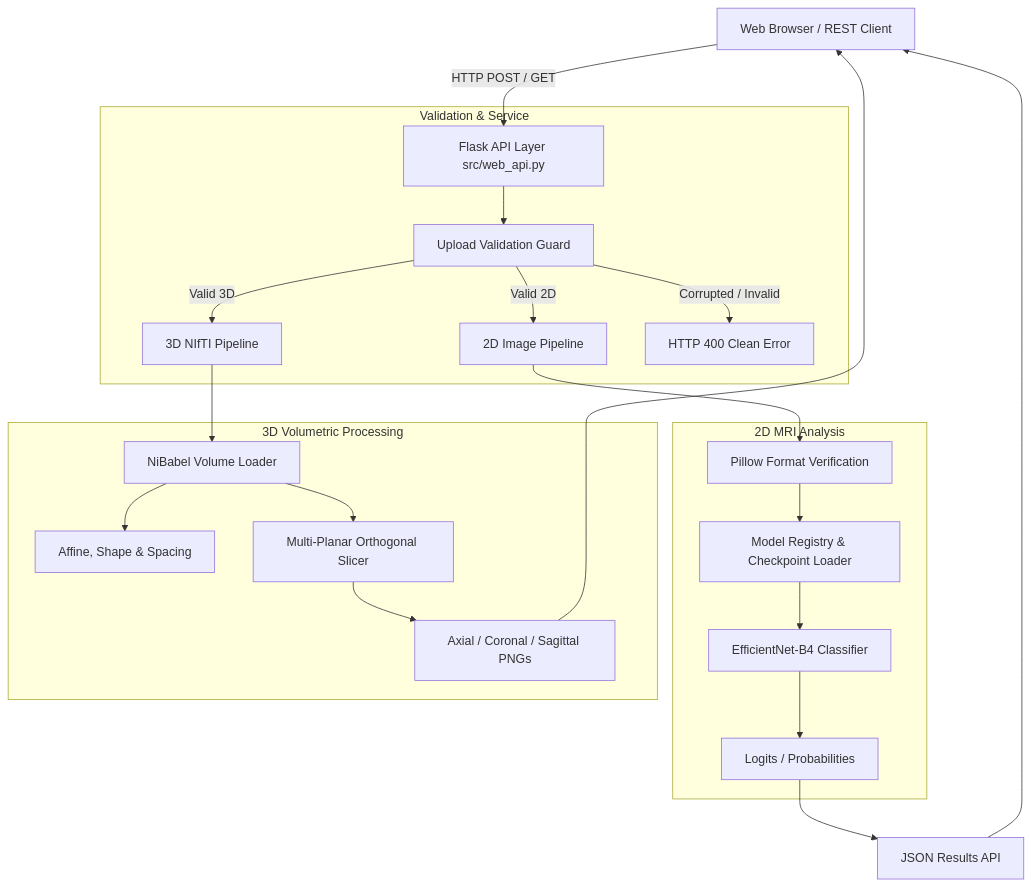
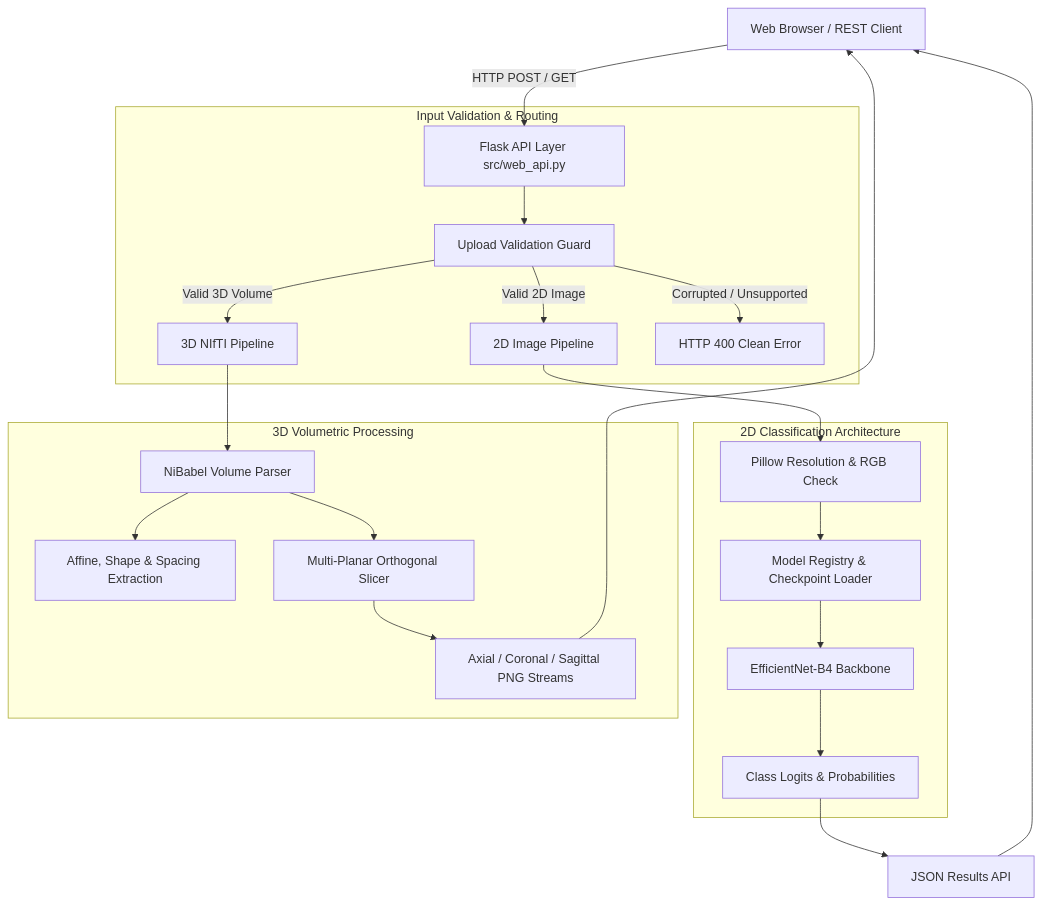
Before and after one commit to Saisuman55/NeuroVR-STAAR: the diagram in README.md, drawn with Mermaid. The commit also changed other lines of this file, not shown here.

````diff
--- a/README.md
+++ b/README.md
@@ -155,29 +187,29 @@
 ```mermaid
 graph TD
     Client[Web Browser / REST Client] -->|HTTP POST / GET| WebAPI[Flask API Layer src/web_api.py]
     
-    subgraph Validation & Service
+    subgraph Input Validation & Routing
         WebAPI --> Validator[Upload Validation Guard]
-        Validator -->|Valid 2D| TwoDPipeline[2D Image Pipeline]
-        Validator -->|Valid 3D| ThreeDPipeline[3D NIfTI Pipeline]
-        Validator -->|Corrupted / Invalid| ErrResp[HTTP 400 Clean Error]
+        Validator -->|Valid 2D Image| TwoDPipeline[2D Image Pipeline]
+        Validator -->|Valid 3D Volume| ThreeDPipeline[3D NIfTI Pipeline]
+        Validator -->|Corrupted / Unsupported| ErrResp[HTTP 400 Clean Error]
     end
 
-    subgraph 2D MRI Analysis
-        TwoDPipeline --> PillowCheck[Pillow Format Verification]
+    subgraph 2D Classification Architecture
+        TwoDPipeline --> PillowCheck[Pillow Resolution & RGB Check]
         PillowCheck --> ModelReg[Model Registry & Checkpoint Loader]
-        ModelReg --> EfficientNet[EfficientNet-B4 Classifier]
-        EfficientNet --> ClassOutput[Logits / Probabilities]
+        ModelReg --> EfficientNet[EfficientNet-B4 Backbone]
+        EfficientNet --> ClassOutput[Class Logits & Probabilities]
     end
 
     subgraph 3D Volumetric Processing
-        ThreeDPipeline --> NiBabelLoad[NiBabel Volume Loader]
-        NiBabelLoad --> MetaExtract[Affine, Shape & Spacing]
+        ThreeDPipeline --> NiBabelLoad[NiBabel Volume Parser]
+        NiBabelLoad --> MetaExtract[Affine, Shape & Spacing Extraction]
         NiBabelLoad --> Slicer[Multi-Planar Orthogonal Slicer]
-        Slicer --> PNGStream[Axial / Coronal / Sagittal PNGs]
+        Slicer --> PNGStream[Axial / Coronal / Sagittal PNG Streams]
     end
 
     ClassOutput --> JSONResp[JSON Results API]
     PNGStream --> Client
     JSONResp --> Client
 ```
````
